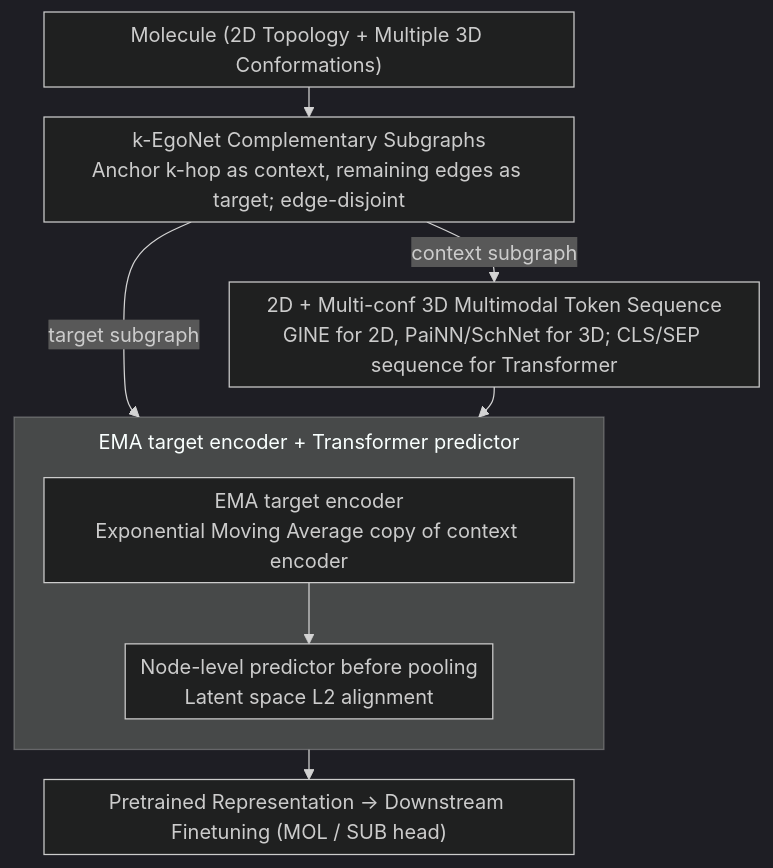
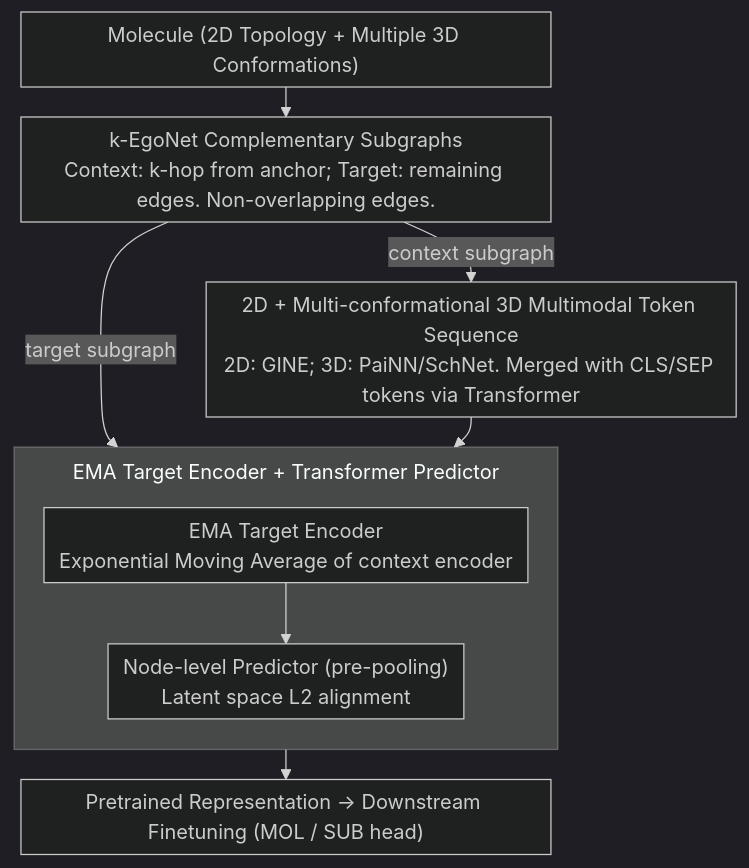
The diagram in docs/ICML2026/computational_biology/learning_the_neighborhood_contrast-free_multimodal_self-supervised_molecular_gra.md (zhaoyang97/Paper-Notes-en), drawn with Mermaid (dark theme) before and after one commit. The commit also changed other lines of this file and 5084 other files, not shown here.

````diff
--- a/docs/ICML2026/computational_biology/learning_the_neighborhood_contrast-free_multimodal_self-supervised_molecular_gra.md
+++ b/docs/ICML2026/computational_biology/learning_the_neighborhood_contrast-free_multimodal_self-supervised_molecular_gra.md
@@ -43,15 +43,15 @@
 ```mermaid
 %%{init: {'flowchart': {'rankSpacing': 24, 'nodeSpacing': 28, 'padding': 6, 'wrappingWidth': 400, 'subGraphTitleMargin': {'top': 8, 'bottom': 16}}}}%%
 flowchart TD
-    A["Molecule (2D Topology + Multiple 3D Conformations)"] --> B["k-EgoNet Complementary Subgraphs<br/>Anchor k-hop as context, remaining edges as target; edge-disjoint"]
-    B -->|context subgraph| C["2D + Multi-conf 3D Multimodal Token Sequence<br/>GINE for 2D, PaiNN/SchNet for 3D; CLS/SEP sequence for Transformer"]
-    subgraph S3["EMA target encoder + Transformer predictor"]
+    A["Molecule (2D Topology + Multiple 3D Conformations)"] --> B["k-EgoNet Complementary Subgraphs<br/>Context: k-hop from anchor; Target: remaining edges. Non-overlapping edges."]
+    B -->|context subgraph| C["2D + Multi-conformational 3D Multimodal Token Sequence<br/>2D: GINE; 3D: PaiNN/SchNet. Merged with CLS/SEP tokens via Transformer"]
+    subgraph S3["EMA Target Encoder + Transformer Predictor"]
         direction TB
-        D["EMA target encoder<br/>Exponential Moving Average copy of context encoder"]
-        E["Node-level predictor before pooling<br/>Latent space L2 alignment"]
+        D["EMA Target Encoder<br/>Exponential Moving Average of context encoder"]
+        E["Node-level Predictor (pre-pooling)<br/>Latent space L2 alignment"]
     end
     B -->|target subgraph| D
     C --> E
     D --> E
     E --> F["Pretrained Representation → Downstream Finetuning (MOL / SUB head)"]
 ```
````
